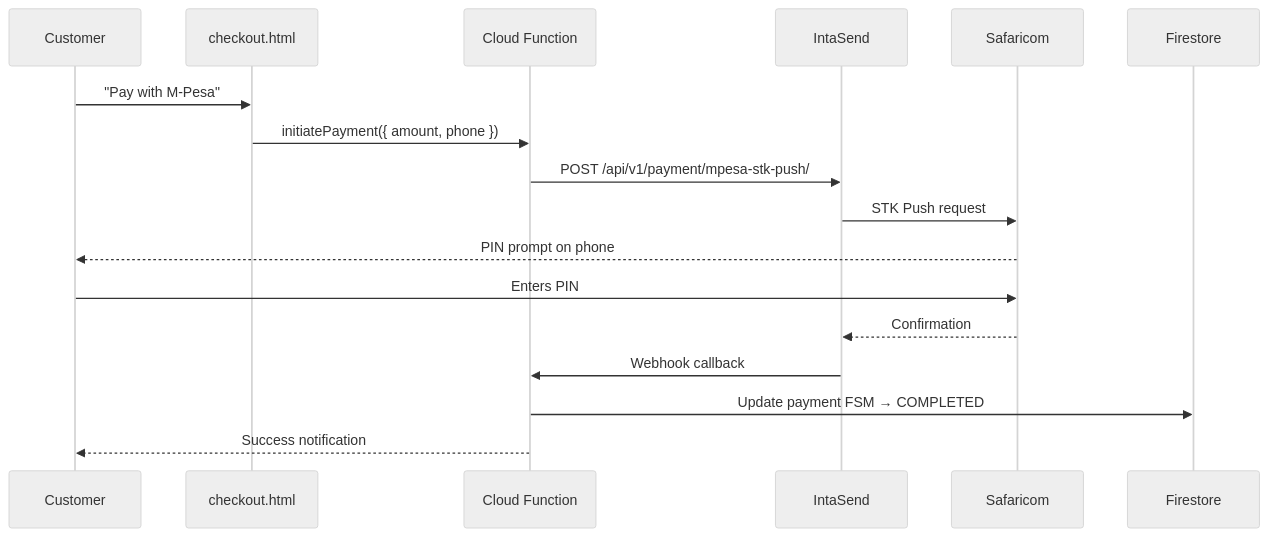
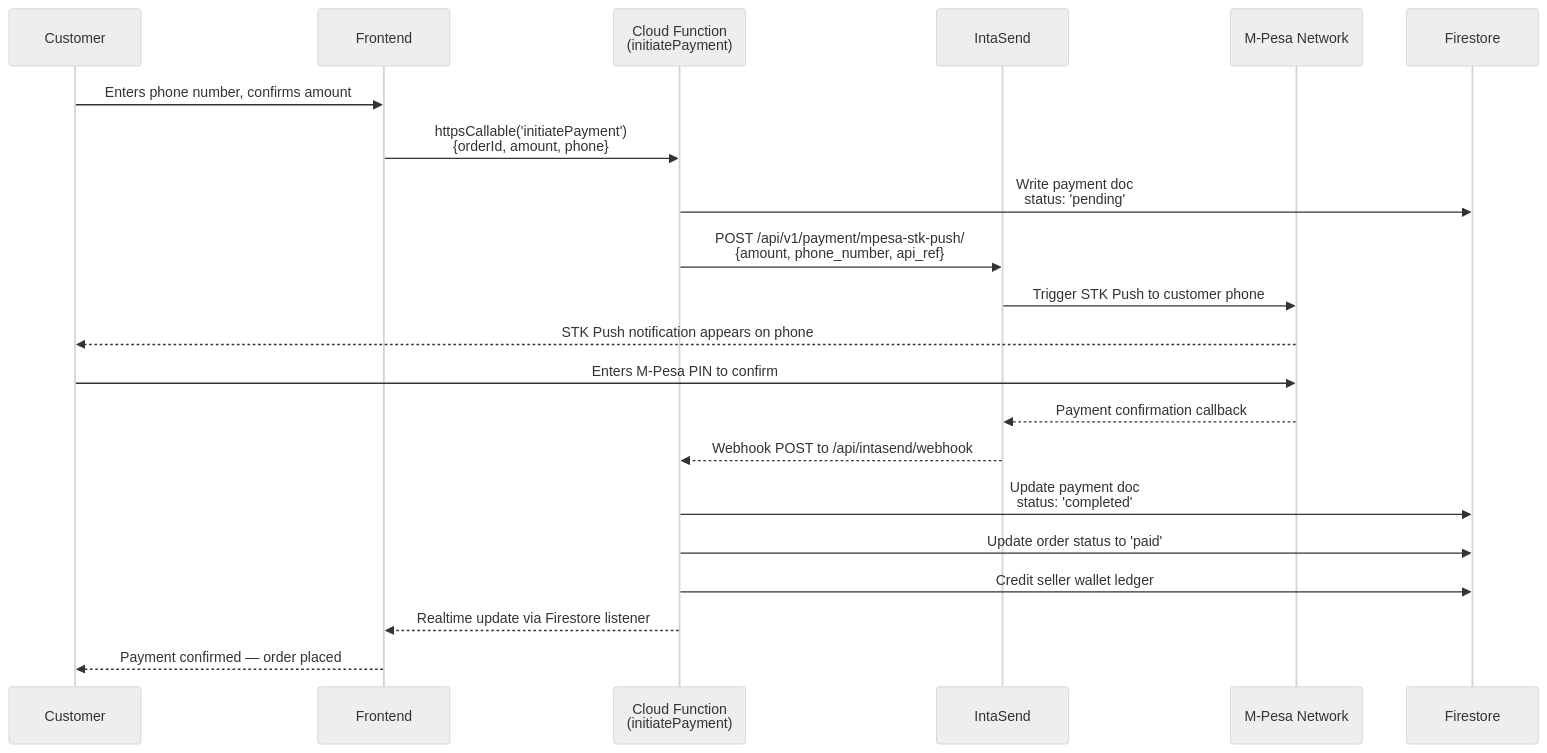
One commit to ogutualex824-sketch/Sokoni changed the first of 2 diagrams in docs/vol-16-apis-integrations.md. Above: the diagram before and after it, drawn with Mermaid (neutral theme). The commit also changed other lines of this file, not shown here.

Commit message:
docs(vol-16): Expand APIs & Integrations — 1,036 lines with full code examples and Mermaid diagrams

````diff
--- a/docs/vol-16-apis-integrations.md
+++ b/docs/vol-16-apis-integrations.md
@@ -162,19 +278,24 @@
 ```mermaid
 sequenceDiagram
-  participant Customer
-  participant checkout.html
-  participant Cloud Function
-  participant IntaSend
-  participant Safaricom
+    participant Customer
+    participant Frontend
+    participant CF as Cloud Function<br/>(initiatePayment)
+    participant IntaSend
+    participant MPesa as M-Pesa Network
+    participant Firestore
 
-  Customer->>checkout.html: "Pay with M-Pesa"
-  checkout.html->>Cloud Function: initiatePayment({ amount, phone })
-  Cloud Function->>IntaSend: POST /api/v1/payment/mpesa-stk-push/
-  IntaSend->>Safaricom: STK Push request
-  Safaricom-->>Customer: PIN prompt on phone
-  Customer->>Safaricom: Enters PIN
-  Safaricom-->>IntaSend: Confirmation
-  IntaSend->>Cloud Function: Webhook callback
-  Cloud Function->>Firestore: Update payment FSM → COMPLETED
-  Cloud Function-->>Customer: Success notification
+    Customer->>Frontend: Enters phone number, confirms amount
+    Frontend->>CF: httpsCallable('initiatePayment')<br/>{orderId, amount, phone}
+    CF->>Firestore: Write payment doc<br/>status: 'pending'
+    CF->>IntaSend: POST /api/v1/payment/mpesa-stk-push/<br/>{amount, phone_number, api_ref}
+    IntaSend->>MPesa: Trigger STK Push to customer phone
+    MPesa-->>Customer: STK Push notification appears on phone
+    Customer->>MPesa: Enters M-Pesa PIN to confirm
+    MPesa-->>IntaSend: Payment confirmation callback
+    IntaSend-->>CF: Webhook POST to /api/intasend/webhook
+    CF->>Firestore: Update payment doc<br/>status: 'completed'
+    CF->>Firestore: Update order status to 'paid'
+    CF->>Firestore: Credit seller wallet ledger
+    CF-->>Frontend: Realtime update via Firestore listener
+    Frontend-->>Customer: Payment confirmed — order placed
 ```
````
